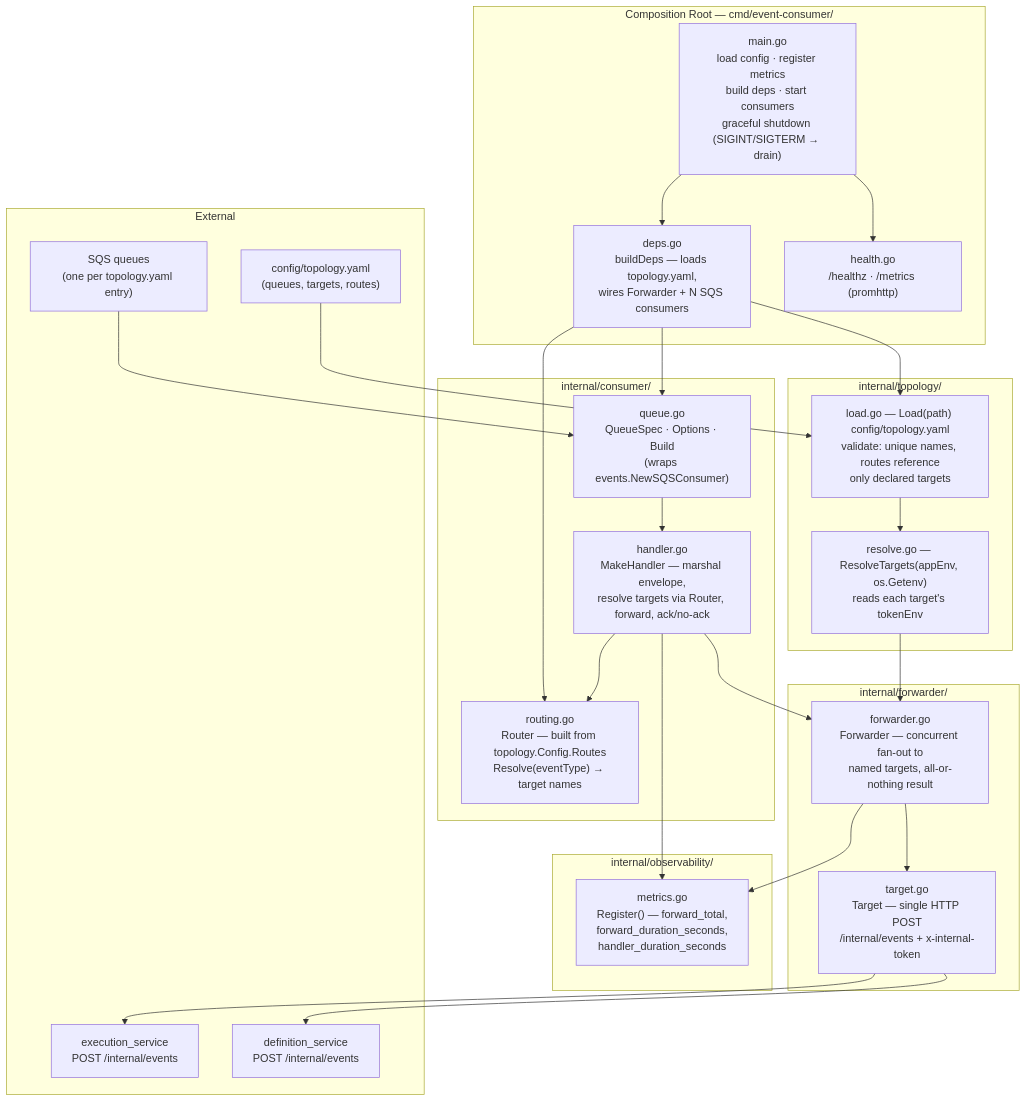
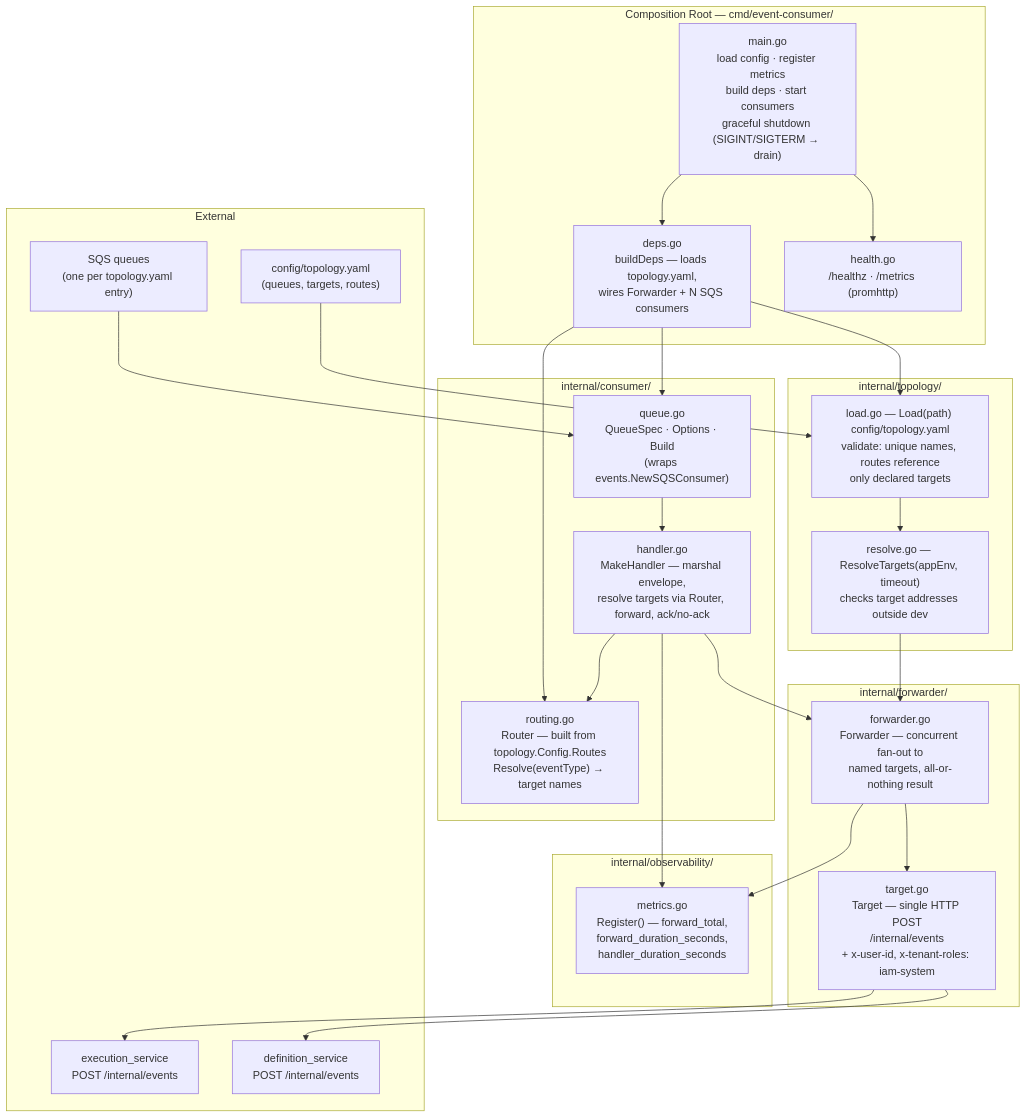
Before and after one commit to BCBP-SOLUTIONS-FZC-LLC/workflow-event-consumer: the diagram in docs/architecture/mermaid/component-diagram.mmd, drawn with Mermaid. The commit also changed 46 other files, not shown here.

First line of the commit message:
feat(forwarder): forwarded events carry the system caller identity (#8)

```diff
--- a/docs/architecture/mermaid/component-diagram.mmd
+++ b/docs/architecture/mermaid/component-diagram.mmd
@@ -1,51 +1,51 @@
 graph TD
     subgraph cmd["Composition Root — cmd/event-consumer/"]
         main["main.go\nload config · register metrics\nbuild deps · start consumers\ngraceful shutdown (SIGINT/SIGTERM → drain)"]
         deps["deps.go\nbuildDeps — loads topology.yaml,\nwires Forwarder + N SQS consumers"]
         health["health.go\n/healthz · /metrics (promhttp)"]
     end
 
     subgraph topology["internal/topology/"]
         topoload["load.go — Load(path) config/topology.yaml\nvalidate: unique names, routes reference\nonly declared targets"]
-        resolve["resolve.go — ResolveTargets(appEnv, os.Getenv)\nreads each target's tokenEnv"]
+        resolve["resolve.go — ResolveTargets(appEnv, timeout)\nchecks target addresses outside dev"]
     end
 
     subgraph consumer["internal/consumer/"]
         queue["queue.go\nQueueSpec · Options · Build\n(wraps events.NewSQSConsumer)"]
         handler["handler.go\nMakeHandler — marshal envelope,\nresolve targets via Router, forward, ack/no-ack"]
         routing["routing.go\nRouter — built from topology.Config.Routes\nResolve(eventType) → target names"]
     end
 
     subgraph forwarder["internal/forwarder/"]
         fwd["forwarder.go\nForwarder — concurrent fan-out to\nnamed targets, all-or-nothing result"]
-        target["target.go\nTarget — single HTTP POST\n/internal/events + x-internal-token"]
+        target["target.go\nTarget — single HTTP POST\n/internal/events\n+ x-user-id, x-tenant-roles: iam-system"]
     end
 
     subgraph observability["internal/observability/"]
         metrics["metrics.go\nRegister() — forward_total,\nforward_duration_seconds,\nhandler_duration_seconds"]
     end
 
     subgraph external["External"]
         yaml["config/topology.yaml\n(queues, targets, routes)"]
         sqs["SQS queues\n(one per topology.yaml entry)"]
         exec["execution_service\nPOST /internal/events"]
         def["definition_service\nPOST /internal/events"]
     end
 
     yaml --> topoload
     deps --> topoload
     topoload --> resolve
     resolve --> fwd
     sqs --> queue
     main --> deps
     deps --> queue
     deps --> routing
     main --> health
     queue --> handler
     handler --> routing
     handler --> fwd
     fwd --> target
     target --> exec
     target --> def
     handler --> metrics
     fwd --> metrics
```
